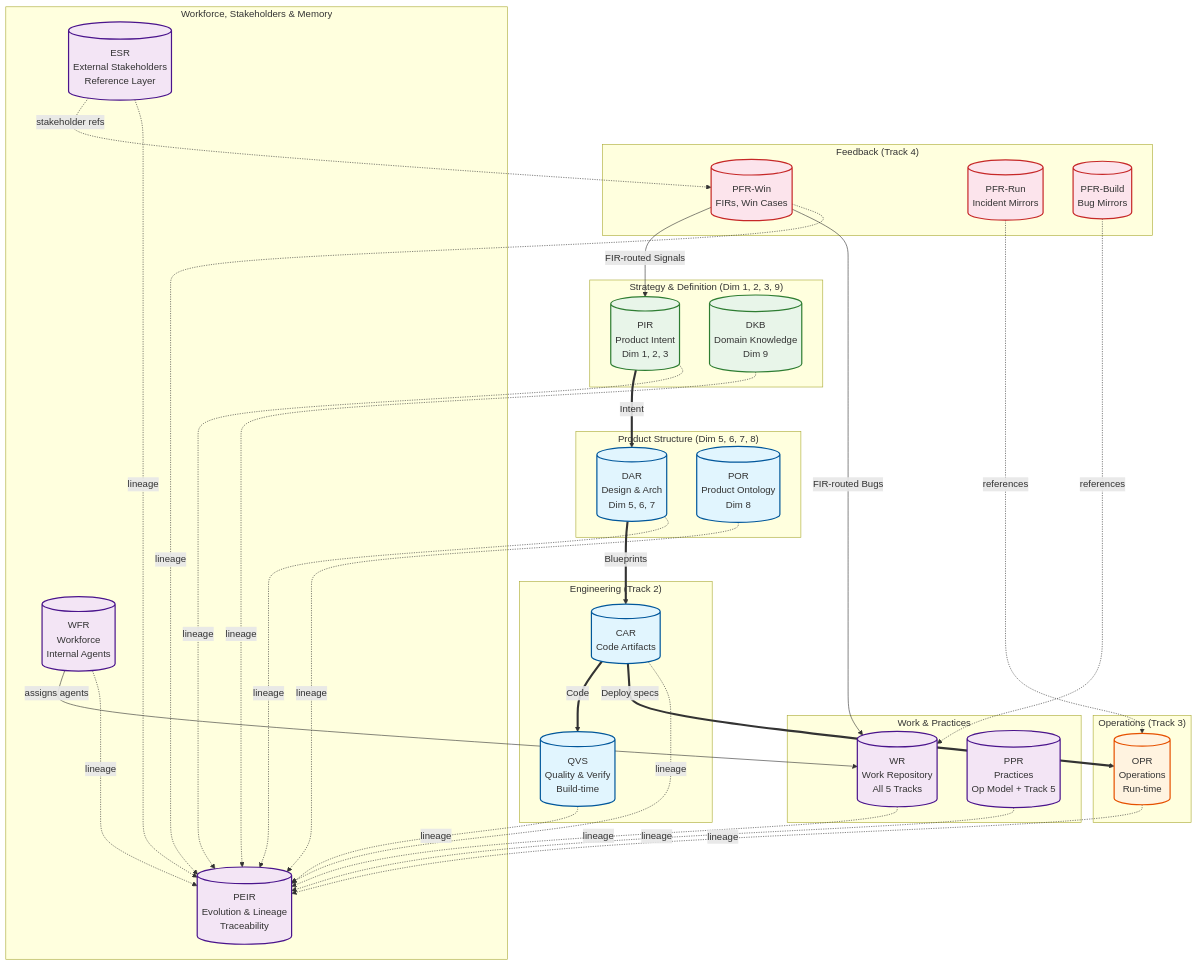
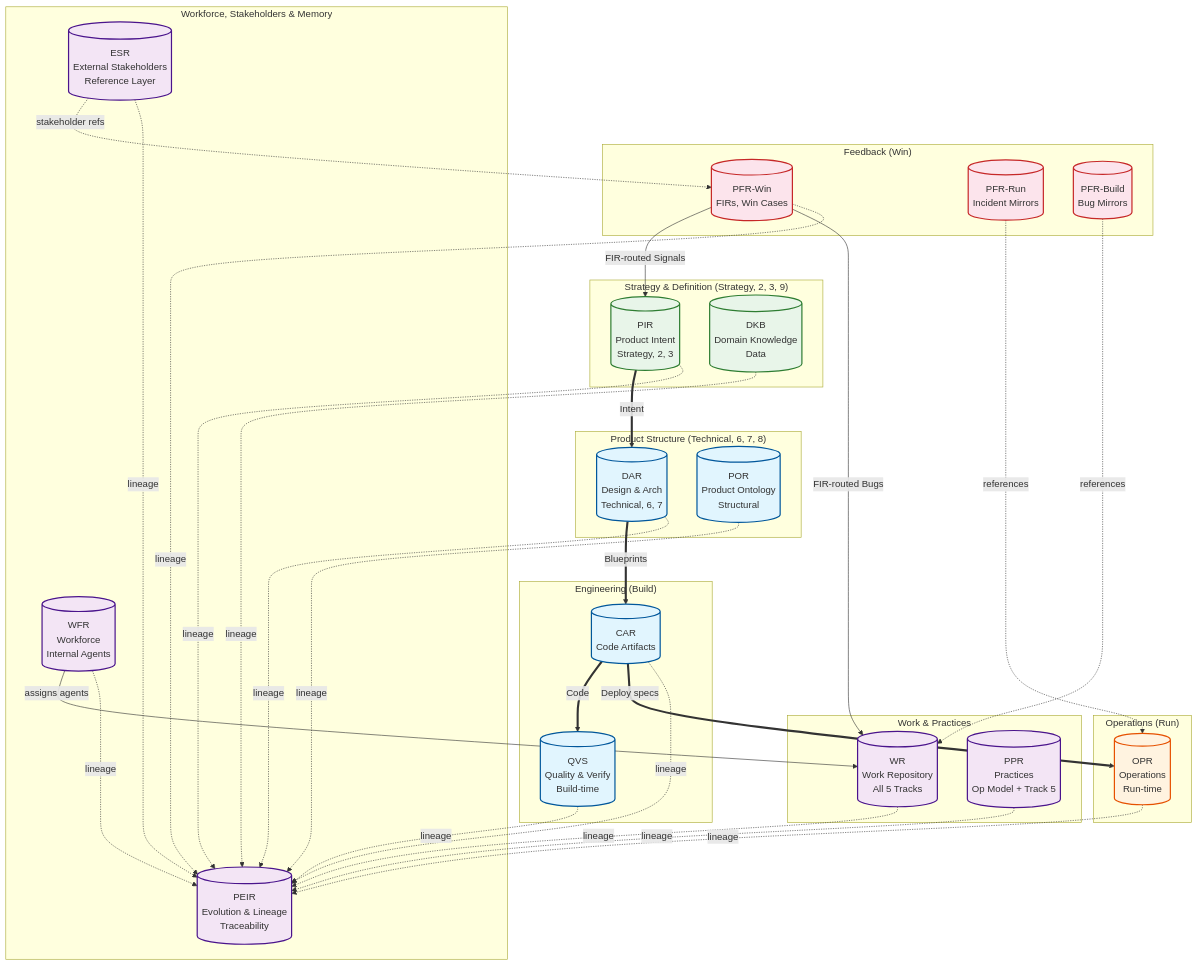
The seventh of 7 diagrams in foundry/product-information-model/draft-diagrams.md (gramki/temp-website), drawn with Mermaid before and after one commit. The commit also changed other lines of this file and 6 other files, not shown here.

````diff
--- a/foundry/product-information-model/draft-diagrams.md
+++ b/foundry/product-information-model/draft-diagrams.md
@@ -297,70 +297,70 @@
 ```mermaid
 graph TB
-    subgraph Strategy_Definition ["Strategy & Definition (Dim 1, 2, 3, 9)"]
-        PIR[("PIR<br/>Product Intent<br/>Dim 1, 2, 3")]
-        DKB[("DKB<br/>Domain Knowledge<br/>Dim 9")]
+    subgraph Strategy_Definition ["Strategy & Definition (Strategy, 2, 3, 9)"]
+        PIR[("PIR<br/>Product Intent<br/>Strategy, 2, 3")]
+        DKB[("DKB<br/>Domain Knowledge<br/>Data")]
     end
 
-    subgraph Product_Structure ["Product Structure (Dim 5, 6, 7, 8)"]
-        DAR[("DAR<br/>Design & Arch<br/>Dim 5, 6, 7")]
-        POR[("POR<br/>Product Ontology<br/>Dim 8")]
+    subgraph Product_Structure ["Product Structure (Technical, 6, 7, 8)"]
+        DAR[("DAR<br/>Design & Arch<br/>Technical, 6, 7")]
+        POR[("POR<br/>Product Ontology<br/>Structural")]
     end
 
-    subgraph Engineering ["Engineering (Track 2)"]
+    subgraph Engineering ["Engineering (Build)"]
         CAR[("CAR<br/>Code Artifacts")]
         QVS[("QVS<br/>Quality & Verify<br/>Build-time")]
     end
 
-    subgraph Operations ["Operations (Track 3)"]
+    subgraph Operations ["Operations (Run)"]
         OPR[("OPR<br/>Operations<br/>Run-time")]
     end
 
-    subgraph Feedback ["Feedback (Track 4)"]
+    subgraph Feedback ["Feedback (Win)"]
         PFR_W[("PFR-Win<br/>FIRs, Win Cases")]
         PFR_R[("PFR-Run<br/>Incident Mirrors")]
         PFR_B[("PFR-Build<br/>Bug Mirrors")]
     end
 
     subgraph Work_Practices ["Work & Practices"]
         WR[("WR<br/>Work Repository<br/>All 5 Tracks")]
         PPR[("PPR<br/>Practices<br/>Op Model + Track 5")]
     end
 
     subgraph Workforce_Memory ["Workforce, Stakeholders & Memory"]
         WFR[("WFR<br/>Workforce<br/>Internal Agents")]
         ESR[("ESR<br/>External Stakeholders<br/>Reference Layer")]
         PEIR[("PEIR<br/>Evolution & Lineage<br/>Traceability")]
     end
 
     %% Main flows
     PIR ==>|"Intent"| DAR
     DAR ==>|"Blueprints"| CAR
     CAR ==>|"Code"| QVS
     CAR ==>|"Deploy specs"| OPR
 
     %% Feedback loops
     PFR_W -->|"FIR-routed Signals"| PIR
     PFR_W -->|"FIR-routed Bugs"| WR
     PFR_R -.->|"references"| OPR
     PFR_B -.->|"references"| WR
 
     %% Workforce
     WFR -->|"assigns agents"| WR
     ESR -.->|"stakeholder refs"| PFR_W
 
     %% Memory
     PIR & DKB & DAR & POR & CAR & QVS & OPR & PFR_W & WR & PPR & WFR & ESR -.->|"lineage"| PEIR
 
     %% Styling
     classDef strategy fill:#e8f5e9,stroke:#2e7d32,stroke-width:2px;
     classDef engineering fill:#e1f5fe,stroke:#01579b,stroke-width:2px;
     classDef operations fill:#fff3e0,stroke:#e65100,stroke-width:2px;
     classDef feedback fill:#fce4ec,stroke:#c62828,stroke-width:2px;
     classDef foundation fill:#f3e5f5,stroke:#4a148c,stroke-width:2px;
 
     class PIR,DKB strategy;
     class DAR,POR,CAR,QVS engineering;
     class OPR operations;
     class PFR_W,PFR_R,PFR_B feedback;
     class WR,PPR,WFR,ESR,PEIR foundation;
 ```
````
